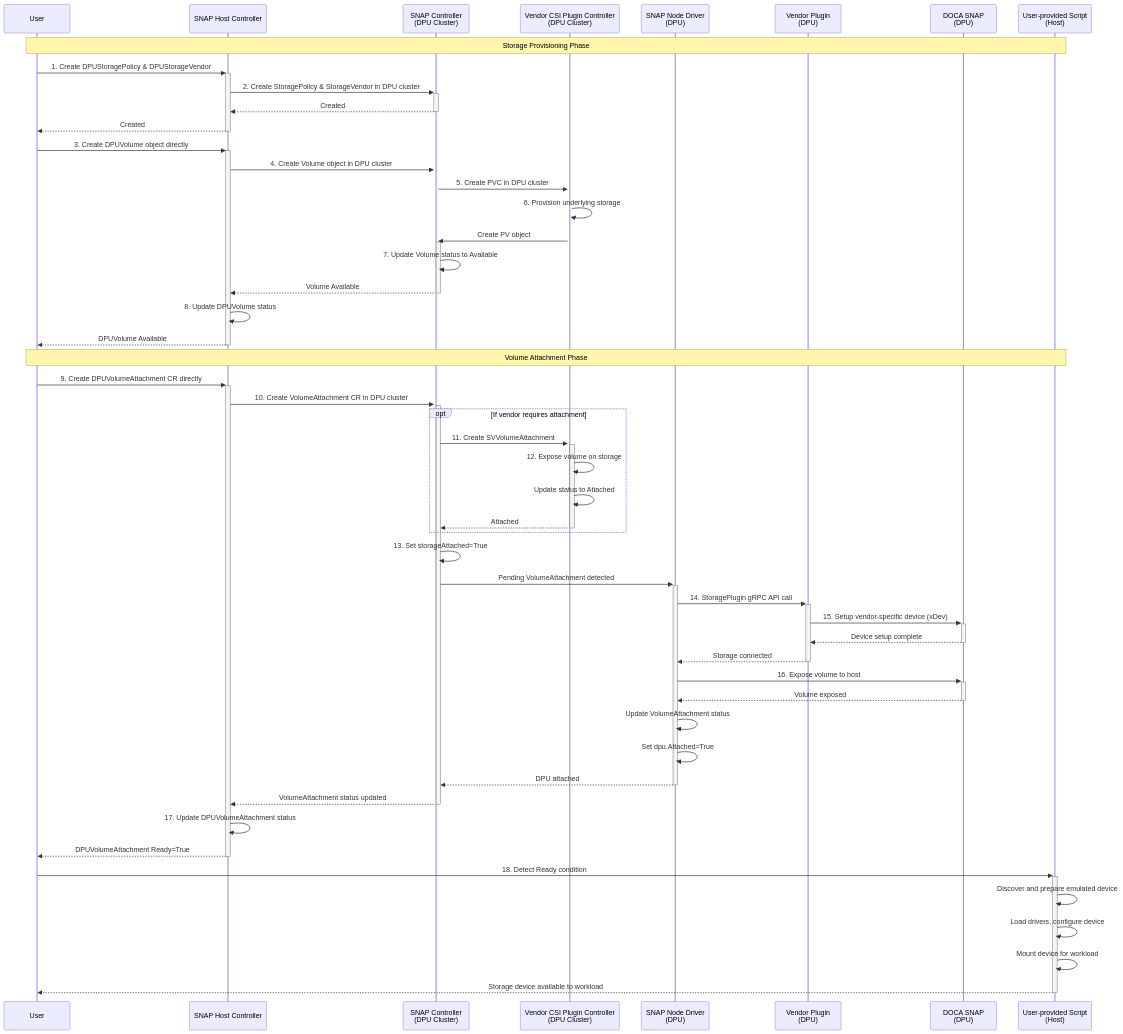
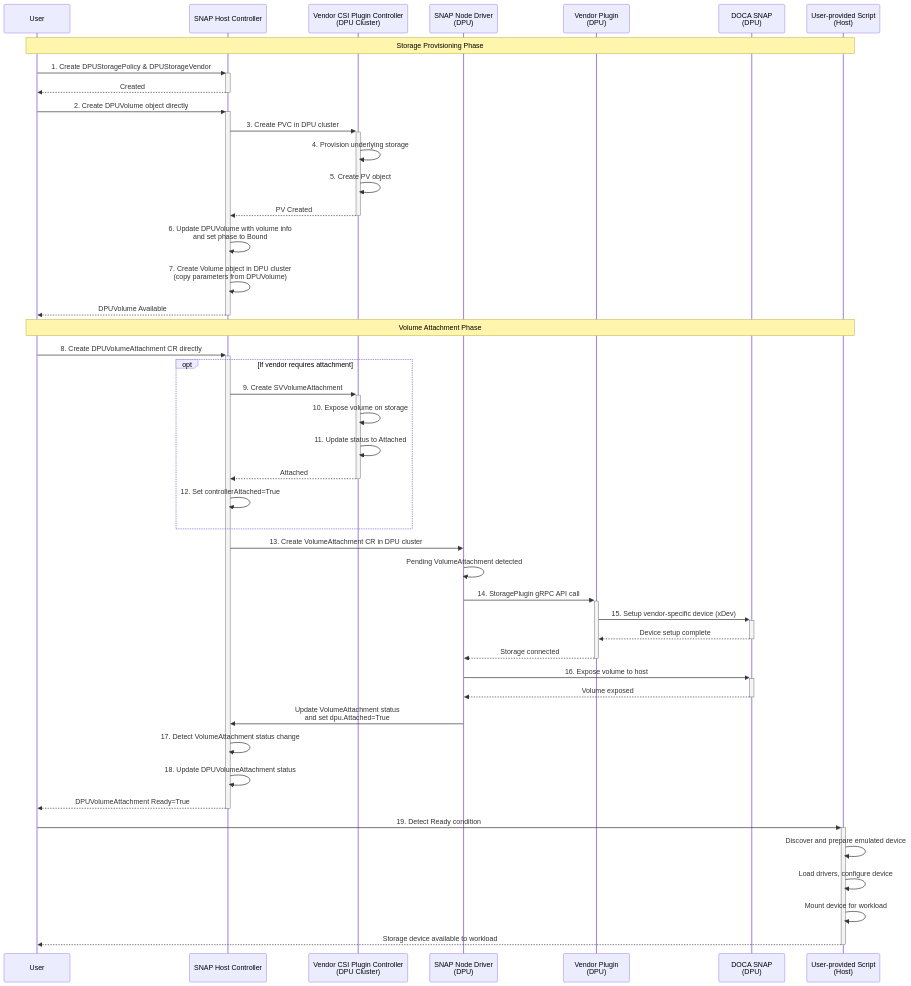
One commit to NVIDIA/doca-platform changed the fourth of 9 diagrams in docs/public/developer-guides/services/storage.md. Above: the diagram before and after it, drawn with Mermaid. The commit also changed other lines of this file, not shown here.

First line of the commit message:
docs: update storage developer guide

````diff
--- a/docs/public/developer-guides/services/storage.md
+++ b/docs/public/developer-guides/services/storage.md
@@ -325,61 +317,55 @@
 ```mermaid
 sequenceDiagram
     participant User
     participant SNAP_Host_Controller as SNAP Host Controller
-    participant SNAP_Controller as SNAP Controller<br/>(DPU Cluster)
     participant Vendor_CSI_Controller as Vendor CSI Plugin Controller<br/>(DPU Cluster)
     participant SNAP_Node_Driver as SNAP Node Driver<br/>(DPU)
     participant Vendor_Plugin as Vendor Plugin<br/>(DPU)
     participant DOCA_SNAP as DOCA SNAP<br/>(DPU)
     participant User_Script as User-provided Script<br/>(Host)
 
     Note over User, User_Script: Storage Provisioning Phase
     
     User->>+SNAP_Host_Controller: 1. Create DPUStoragePolicy & DPUStorageVendor
-    SNAP_Host_Controller->>+SNAP_Controller: 2. Create StoragePolicy & StorageVendor in DPU cluster
-    SNAP_Controller-->>-SNAP_Host_Controller: Created
     SNAP_Host_Controller-->>-User: Created
     
-    User->>+SNAP_Host_Controller: 3. Create DPUVolume object directly
-    SNAP_Host_Controller->>+SNAP_Controller: 4. Create Volume object in DPU cluster
-    SNAP_Controller->>+Vendor_CSI_Controller: 5. Create PVC in DPU cluster
-    Vendor_CSI_Controller->>Vendor_CSI_Controller: 6. Provision underlying storage
-    Vendor_CSI_Controller->>+SNAP_Controller: Create PV object
-    SNAP_Controller->>SNAP_Controller: 7. Update Volume status to Available
-    SNAP_Controller-->>-SNAP_Host_Controller: Volume Available
-    SNAP_Host_Controller->>SNAP_Host_Controller: 8. Update DPUVolume status
+    User->>+SNAP_Host_Controller: 2. Create DPUVolume object directly
+    SNAP_Host_Controller->>+Vendor_CSI_Controller: 3. Create PVC in DPU cluster
+    Vendor_CSI_Controller->>Vendor_CSI_Controller: 4. Provision underlying storage
+    Vendor_CSI_Controller->>Vendor_CSI_Controller: 5. Create PV object
+    Vendor_CSI_Controller-->>-SNAP_Host_Controller: PV Created
+    SNAP_Host_Controller->>SNAP_Host_Controller: 6. Update DPUVolume with volume info<br/>and set phase to Bound
+    SNAP_Host_Controller->>SNAP_Host_Controller: 7. Create Volume object in DPU cluster<br/>(copy parameters from DPUVolume)
     SNAP_Host_Controller-->>-User: DPUVolume Available
     
     Note over User, User_Script: Volume Attachment Phase
     
-    User->>+SNAP_Host_Controller: 9. Create DPUVolumeAttachment CR directly
-    SNAP_Host_Controller->>+SNAP_Controller: 10. Create VolumeAttachment CR in DPU cluster
+    User->>+SNAP_Host_Controller: 8. Create DPUVolumeAttachment CR directly
     
     opt If vendor requires attachment
-        SNAP_Controller->>+Vendor_CSI_Controller: 11. Create SVVolumeAttachment
-        Vendor_CSI_Controller->>Vendor_CSI_Controller: 12. Expose volume on storage
-        Vendor_CSI_Controller->>Vendor_CSI_Controller: Update status to Attached
-        Vendor_CSI_Controller-->>-SNAP_Controller: Attached
+        SNAP_Host_Controller->>+Vendor_CSI_Controller: 9. Create SVVolumeAttachment
+        Vendor_CSI_Controller->>Vendor_CSI_Controller: 10. Expose volume on storage
+        Vendor_CSI_Controller->>Vendor_CSI_Controller: 11. Update status to Attached
+        Vendor_CSI_Controller-->>-SNAP_Host_Controller: Attached
+        SNAP_Host_Controller->>SNAP_Host_Controller: 12. Set controllerAttached=True
     end
     
-    SNAP_Controller->>SNAP_Controller: 13. Set storageAttached=True
-    SNAP_Controller->>+SNAP_Node_Driver: Pending VolumeAttachment detected
+    SNAP_Host_Controller->>SNAP_Node_Driver: 13. Create VolumeAttachment CR in DPU cluster
+    SNAP_Node_Driver->>SNAP_Node_Driver: Pending VolumeAttachment detected
     SNAP_Node_Driver->>+Vendor_Plugin: 14. StoragePlugin gRPC API call
     Vendor_Plugin->>+DOCA_SNAP: 15. Setup vendor-specific device (xDev)
     DOCA_SNAP-->>-Vendor_Plugin: Device setup complete
     Vendor_Plugin-->>-SNAP_Node_Driver: Storage connected
     SNAP_Node_Driver->>+DOCA_SNAP: 16. Expose volume to host
     DOCA_SNAP-->>-SNAP_Node_Driver: Volume exposed
-    SNAP_Node_Driver->>SNAP_Node_Driver: Update VolumeAttachment status
-    SNAP_Node_Driver->>SNAP_Node_Driver: Set dpu.Attached=True
-    SNAP_Node_Driver-->>-SNAP_Controller: DPU attached
-    SNAP_Controller-->>-SNAP_Host_Controller: VolumeAttachment status updated
-    SNAP_Host_Controller->>SNAP_Host_Controller: 17. Update DPUVolumeAttachment status
+    SNAP_Node_Driver->>SNAP_Host_Controller: Update VolumeAttachment status<br/>and set dpu.Attached=True
+    SNAP_Host_Controller->>SNAP_Host_Controller: 17. Detect VolumeAttachment status change
+    SNAP_Host_Controller->>SNAP_Host_Controller: 18. Update DPUVolumeAttachment status
     SNAP_Host_Controller-->>-User: DPUVolumeAttachment Ready=True
     
-    User->>+User_Script: 18. Detect Ready condition
+    User->>+User_Script: 19. Detect Ready condition
     User_Script->>User_Script: Discover and prepare emulated device
     User_Script->>User_Script: Load drivers, configure device
     User_Script->>User_Script: Mount device for workload
     User_Script-->>-User: Storage device available to workload
 ```
````
